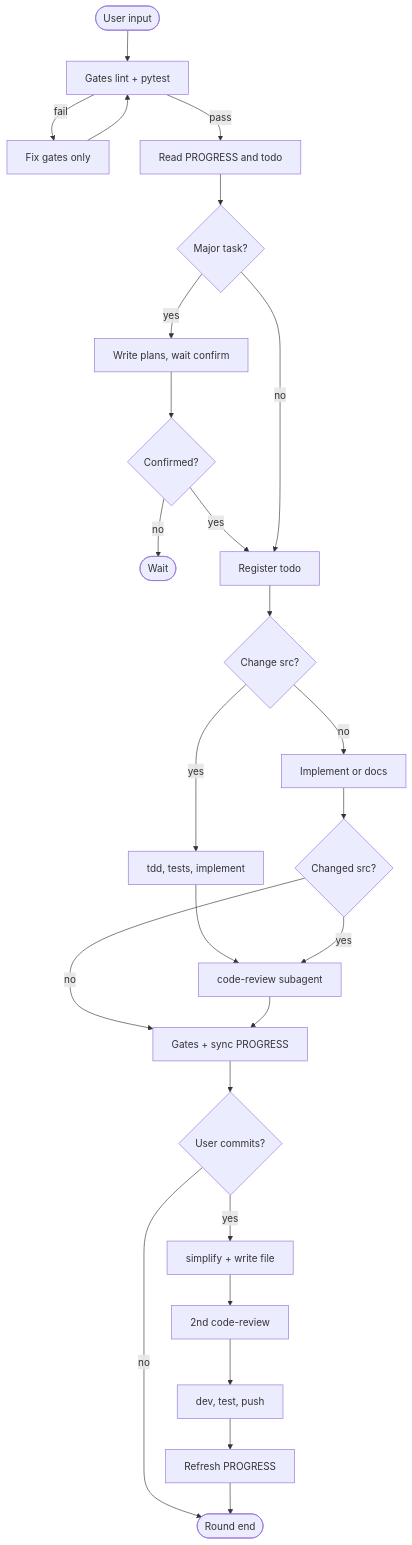
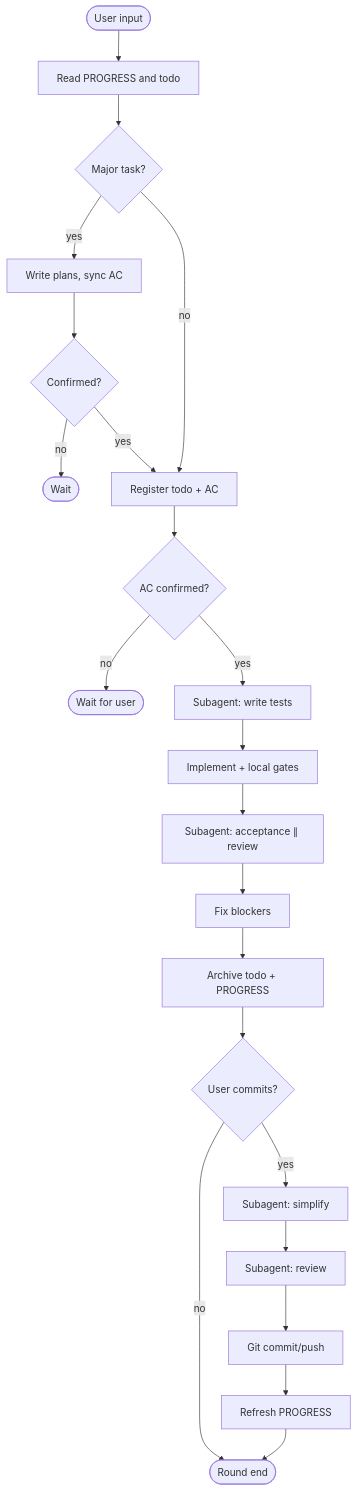
Before and after one commit to HYX-LHJ/mini-harness: the diagram in docs/en/workflow.md, drawn with Mermaid. The commit also changed other lines of this file and 226 other files, not shown here.

First line of the commit message:
feat!: migrate to mini-harness plugin architecture (v2.0.0)

````diff
--- a/docs/en/workflow.md
+++ b/docs/en/workflow.md
@@ -65,28 +75,24 @@
 ```mermaid
 flowchart TD
-    Start(["User input"]) --> Gate1["Gates lint + pytest"]
-    Gate1 -->|fail| FixGate["Fix gates only"]
-    FixGate --> Gate1
-    Gate1 -->|pass| Read["Read PROGRESS and todo"]
+    Start(["User input"]) --> Read["Read PROGRESS and todo"]
     Read --> PlanCheck{"Major task?"}
-    PlanCheck -->|yes| Plan["Write plans, wait confirm"]
+    PlanCheck -->|yes| Plan["Write plans, sync AC"]
     Plan --> UserOK{"Confirmed?"}
     UserOK -->|no| Wait(["Wait"])
     UserOK -->|yes| Todo
-    PlanCheck -->|no| Todo["Register todo"]
-    Todo --> SrcCheck{"Change src?"}
-    SrcCheck -->|yes| TDD["tdd, tests, implement"]
-    SrcCheck -->|no| Impl["Implement or docs"]
-    TDD --> Review["code-review subagent"]
-    Impl --> ReviewCheck{"Changed src?"}
-    ReviewCheck -->|yes| Review
-    ReviewCheck -->|no| Gate2
-    Review --> Gate2["Gates + sync PROGRESS"]
-    Gate2 --> CommitCheck{"User commits?"}
+    PlanCheck -->|no| Todo["Register todo + AC"]
+    Todo --> ACCheck{"AC confirmed?"}
+    ACCheck -->|no| WaitAC(["Wait for user"])
+    ACCheck -->|yes| TDD["Subagent: write tests"]
+    TDD --> Impl["Implement + local gates"]
+    Impl --> Parallel["Subagent: acceptance ∥ review"]
+    Parallel --> Fix["Fix blockers"]
+    Fix --> Archive["Archive todo + PROGRESS"]
+    Archive --> CommitCheck{"User commits?"}
     CommitCheck -->|no| End(["Round end"])
-    CommitCheck -->|yes| Simplify["simplify + write file"]
-    Simplify --> Review2["2nd code-review"]
-    Review2 --> Git["dev, test, push"]
+    CommitCheck -->|yes| Simplify["Subagent: simplify"]
+    Simplify --> Review2["Subagent: review"]
+    Review2 --> Git["Git commit/push"]
     Git --> Sync["Refresh PROGRESS"]
     Sync --> End
 ```
````
